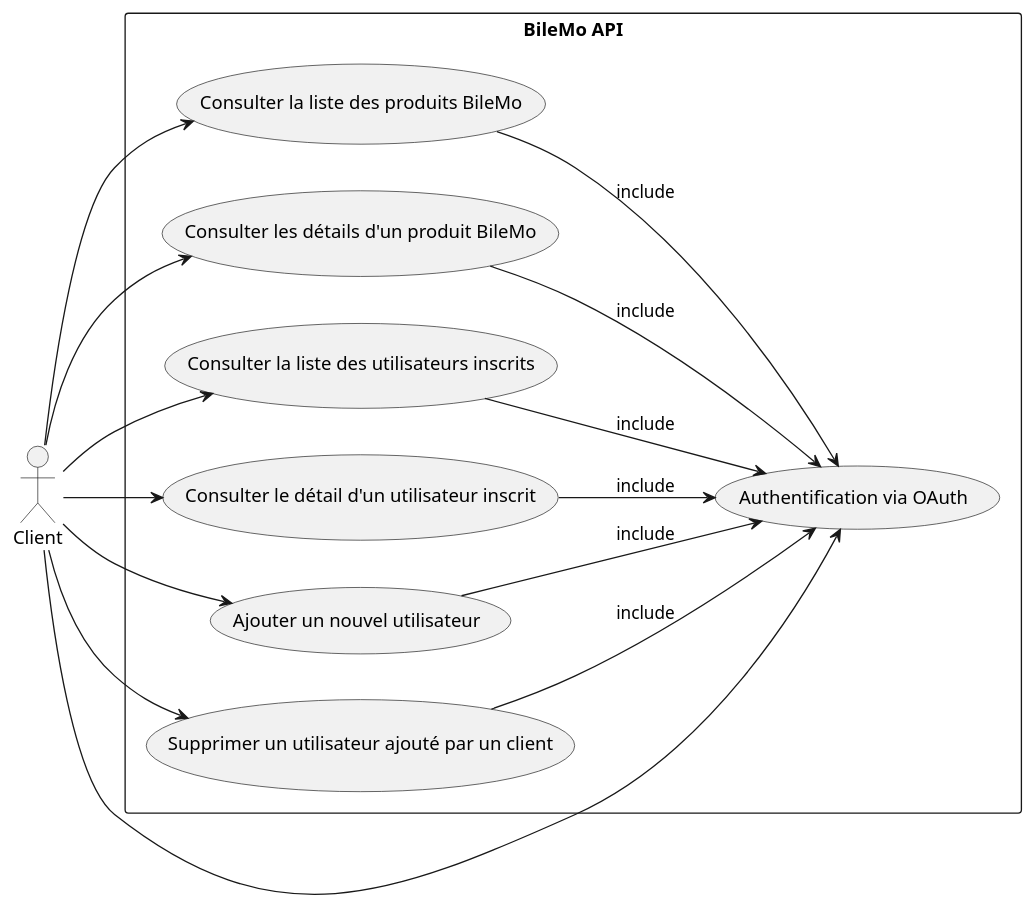
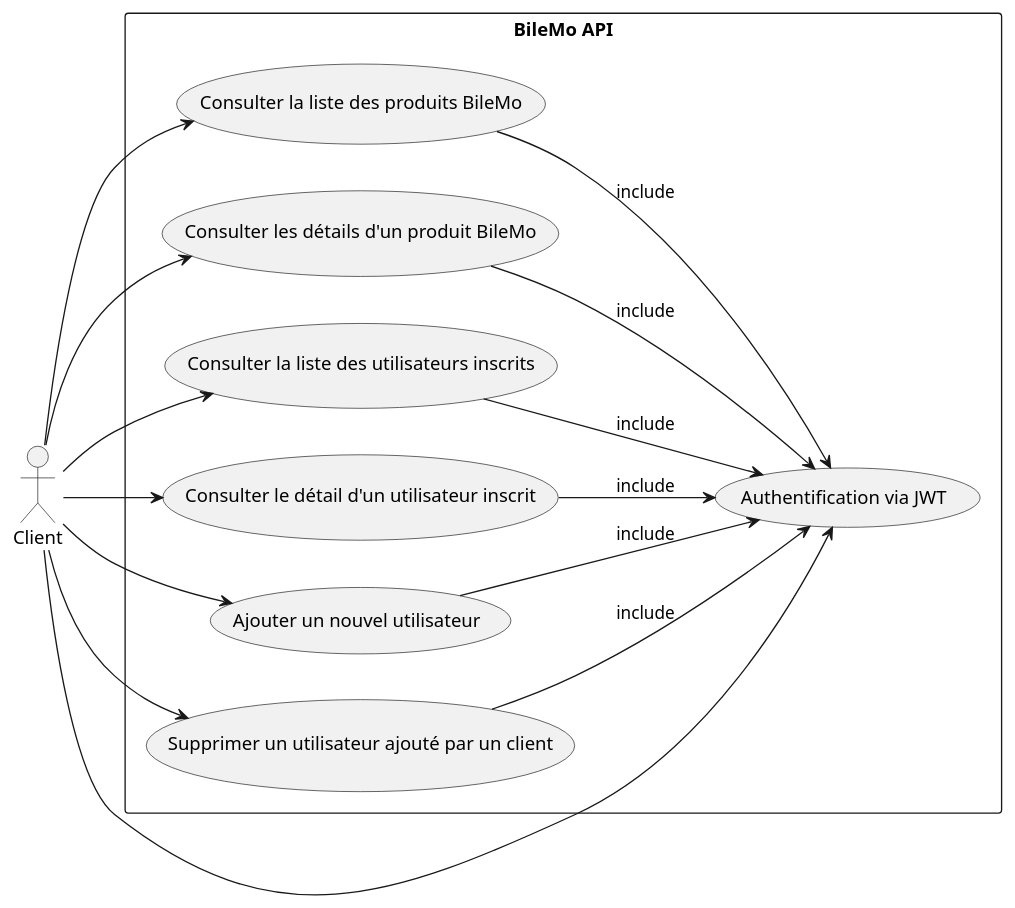
The diagram in Diagramms/UseCase.puml (brianthiely/bilemo-api), drawn with PlantUML before and after one commit. The commit also changed 4 other files, not shown here.

```diff
--- a/Diagramms/UseCase.puml
+++ b/Diagramms/UseCase.puml
@@ -1,31 +1,31 @@
 @startuml
 left to right direction
 skinparam packageStyle rectangle
 
 actor Client
 
 rectangle "BileMo API" {
-  usecase "Authentification via OAuth" as UC1
+  usecase "Authentification via JWT" as UC1
   usecase "Consulter la liste des produits BileMo" as UC2
   usecase "Consulter les détails d'un produit BileMo" as UC3
   usecase "Consulter la liste des utilisateurs inscrits" as UC4
   usecase "Consulter le détail d'un utilisateur inscrit" as UC5
   usecase "Ajouter un nouvel utilisateur" as UC6
   usecase "Supprimer un utilisateur ajouté par un client" as UC7
 
   Client --> UC1
   Client --> UC2
   Client --> UC3
   Client --> UC4
   Client --> UC5
   Client --> UC6
   Client --> UC7
 
   UC2 --> UC1 : include
   UC3 --> UC1 : include
   UC4 --> UC1 : include
   UC5 --> UC1 : include
   UC6 --> UC1 : include
   UC7 --> UC1 : include
 }
 @enduml
```
